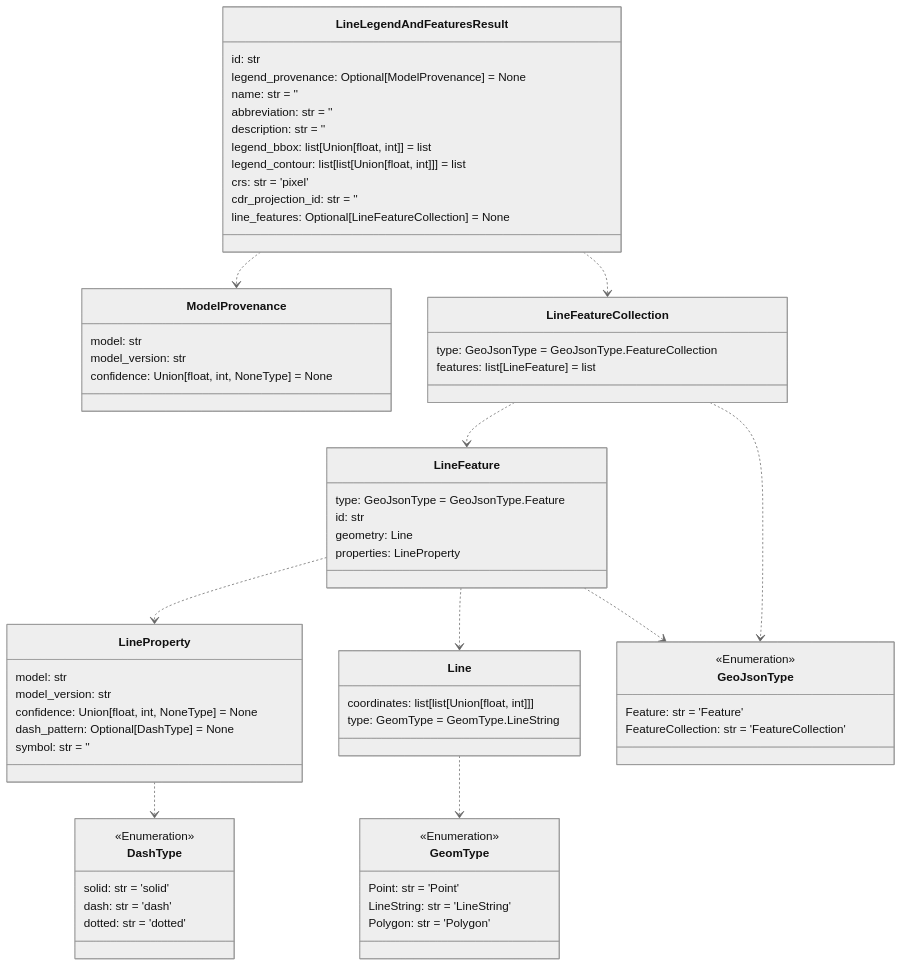
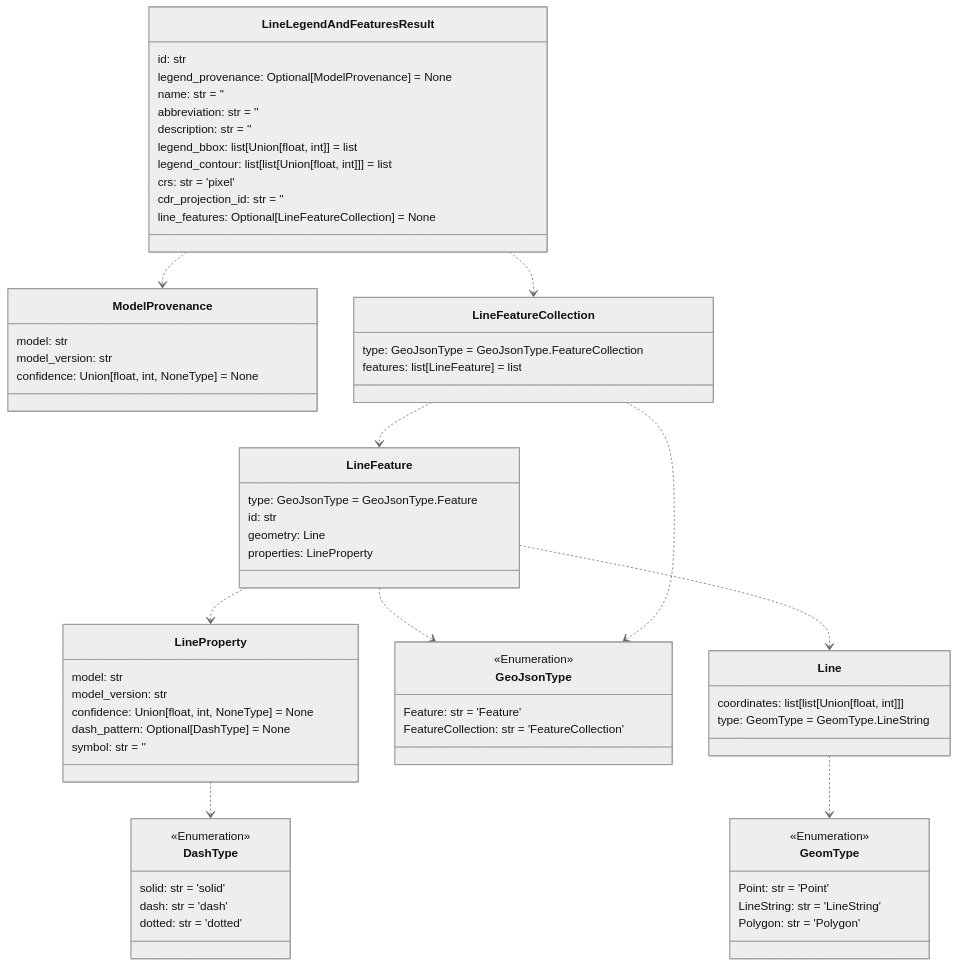
One commit to DARPA-CRITICALMAAS/cdr_schemas changed the sixth of 12 diagrams in README.md. Above: the diagram before and after it, drawn with Mermaid (neutral theme). The commit also changed other lines of this file and 1 other file, not shown here.

````diff
--- a/README.md
+++ b/README.md
@@ -433,79 +433,79 @@
 ```mermaid
 classDiagram
 
-    class ModelProvenance {
+    class LineProperty {
         model: str
         model_version: str
         confidence: Union[float, int, NoneType] = None
+        dash_pattern: Optional[DashType] = None
+        symbol: str = ''
+    }
+
+    class LineFeature {
+        type: GeoJsonType = GeoJsonType.Feature
+        id: str
+        geometry: Line
+        properties: LineProperty
+    }
+
+    class GeoJsonType {
+        <<Enumeration>>
+        Feature: str = 'Feature'
+        FeatureCollection: str = 'FeatureCollection'
     }
 
     class GeomType {
         <<Enumeration>>
         Point: str = 'Point'
         LineString: str = 'LineString'
         Polygon: str = 'Polygon'
     }
 
-    class LineProperty {
+    class ModelProvenance {
         model: str
         model_version: str
         confidence: Union[float, int, NoneType] = None
-        dash_pattern: Optional[DashType] = None
-        symbol: str = ''
-    }
-
-    class DashType {
-        <<Enumeration>>
-        solid: str = 'solid'
-        dash: str = 'dash'
-        dotted: str = 'dotted'
     }
 
     class LineFeatureCollection {
         type: GeoJsonType = GeoJsonType.FeatureCollection
         features: list[LineFeature] = list
-    }
-
-    class LineFeature {
-        type: GeoJsonType = GeoJsonType.Feature
-        id: str
-        geometry: Line
-        properties: LineProperty
-    }
-
-    class Line {
-        coordinates: list[list[Union[float, int]]]
-        type: GeomType = GeomType.LineString
-    }
-
-    class GeoJsonType {
-        <<Enumeration>>
-        Feature: str = 'Feature'
-        FeatureCollection: str = 'FeatureCollection'
     }
 
     class LineLegendAndFeaturesResult {
         id: str
         legend_provenance: Optional[ModelProvenance] = None
         name: str = ''
         abbreviation: str = ''
         description: str = ''
         legend_bbox: list[Union[float, int]] = list
         legend_contour: list[list[Union[float, int]]] = list
         crs: str = 'pixel'
         cdr_projection_id: str = ''
         line_features: Optional[LineFeatureCollection] = None
     }
 
+    class DashType {
+        <<Enumeration>>
+        solid: str = 'solid'
+        dash: str = 'dash'
+        dotted: str = 'dotted'
+    }
+
+    class Line {
+        coordinates: list[list[Union[float, int]]]
+        type: GeomType = GeomType.LineString
+    }
+
     Line ..> GeomType
     LineProperty ..> DashType
     LineFeature ..> LineProperty
+    LineFeature ..> GeoJsonType
     LineFeature ..> Line
-    LineFeature ..> GeoJsonType
     LineFeatureCollection ..> LineFeature
     LineFeatureCollection ..> GeoJsonType
     LineLegendAndFeaturesResult ..> ModelProvenance
     LineLegendAndFeaturesResult ..> LineFeatureCollection
 
 
 ```
````
